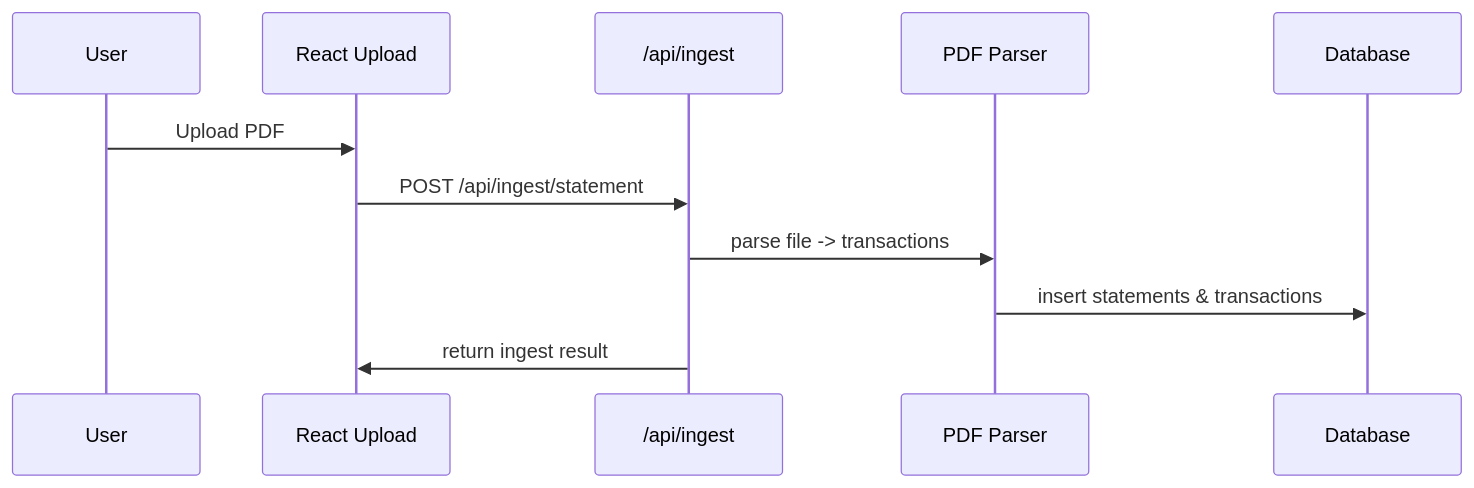
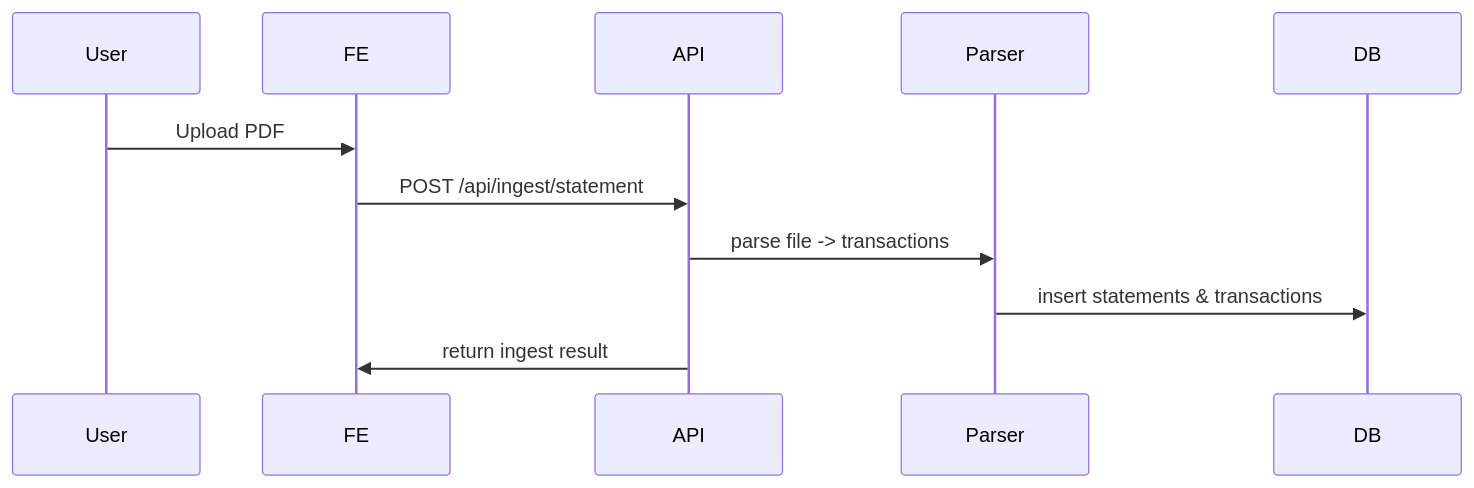
One commit to Armangharleghi1999/billing-report changed the second of 2 diagrams in Project_Architecture_Blueprint.md. Above: the diagram before and after it, drawn with Mermaid. The commit also changed other lines of this file and 1 other file, not shown here.

````diff
--- a/Project_Architecture_Blueprint.md
+++ b/Project_Architecture_Blueprint.md
@@ -56,13 +56,13 @@
 ```mermaid
 sequenceDiagram
   participant User
-  participant FE as React Upload
-  participant API as /api/ingest
-  participant Parser as PDF Parser
-  participant DB as Database
+  participant FE
+  participant API
+  participant Parser
+  participant DB
   User->>FE: Upload PDF
   FE->>API: POST /api/ingest/statement
   API->>Parser: parse file -> transactions
   Parser->>DB: insert statements & transactions
   API->>FE: return ingest result
 ```
````
